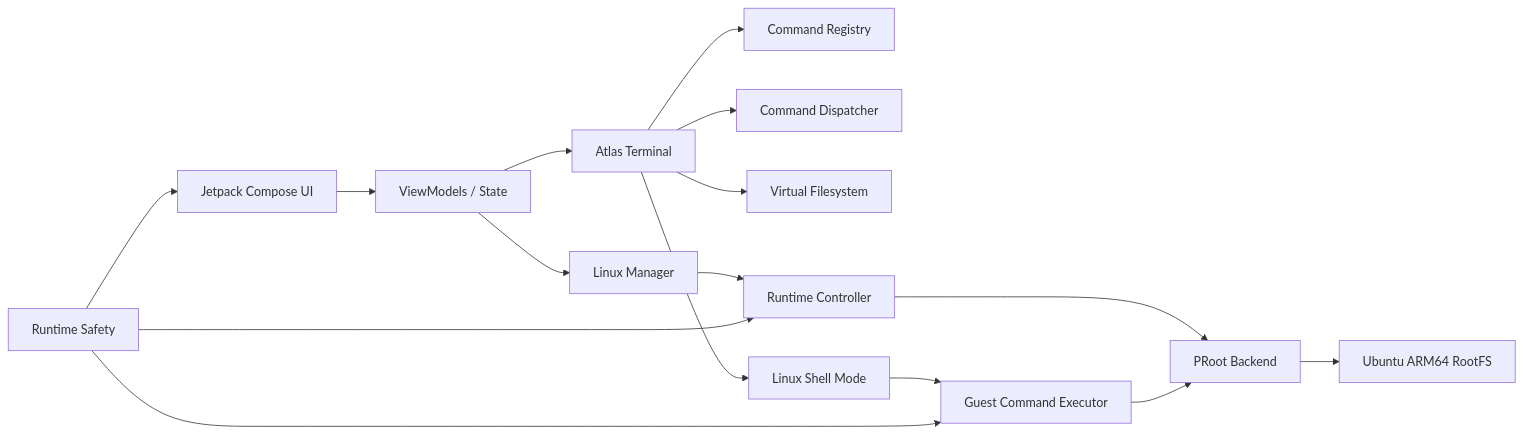
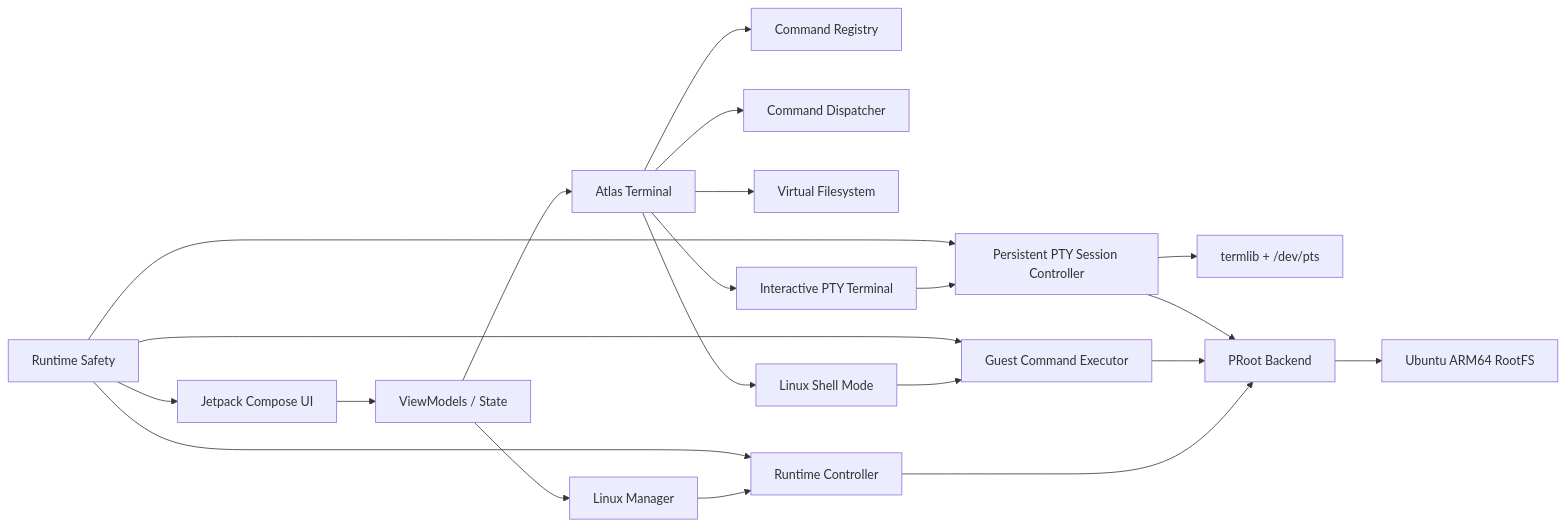
Before and after one commit to noahrose82/Atlas-Cyberdeck: the second of 3 diagrams in README.md, drawn with Mermaid. The commit also changed other lines of this file, not shown here.

Commit message:
docs: document interactive PTY terminal support

````diff
--- a/README.md
+++ b/README.md
@@ -414,21 +459,27 @@
 ```mermaid
 flowchart LR
     UI["Jetpack Compose UI"] --> VM["ViewModels / State"]
     VM --> AT["Atlas Terminal"]
     VM --> LM["Linux Manager"]
 
     AT --> CR["Command Registry"]
     AT --> CD["Command Dispatcher"]
     AT --> VFS["Virtual Filesystem"]
     AT --> LS["Linux Shell Mode"]
+    AT --> PTY["Interactive PTY Terminal"]
 
     LM --> RC["Runtime Controller"]
     LS --> GE["Guest Command Executor"]
+    PTY --> PSC["Persistent PTY Session Controller"]
+    PSC --> TR["termlib + /dev/pts"]
+
     RC --> PB["PRoot Backend"]
     GE --> PB
+    PSC --> PB
     PB --> UB["Ubuntu ARM64 RootFS"]
 
     SAFE["Runtime Safety"] --> RC
     SAFE --> GE
+    SAFE --> PSC
     SAFE --> UI
 ```
````
